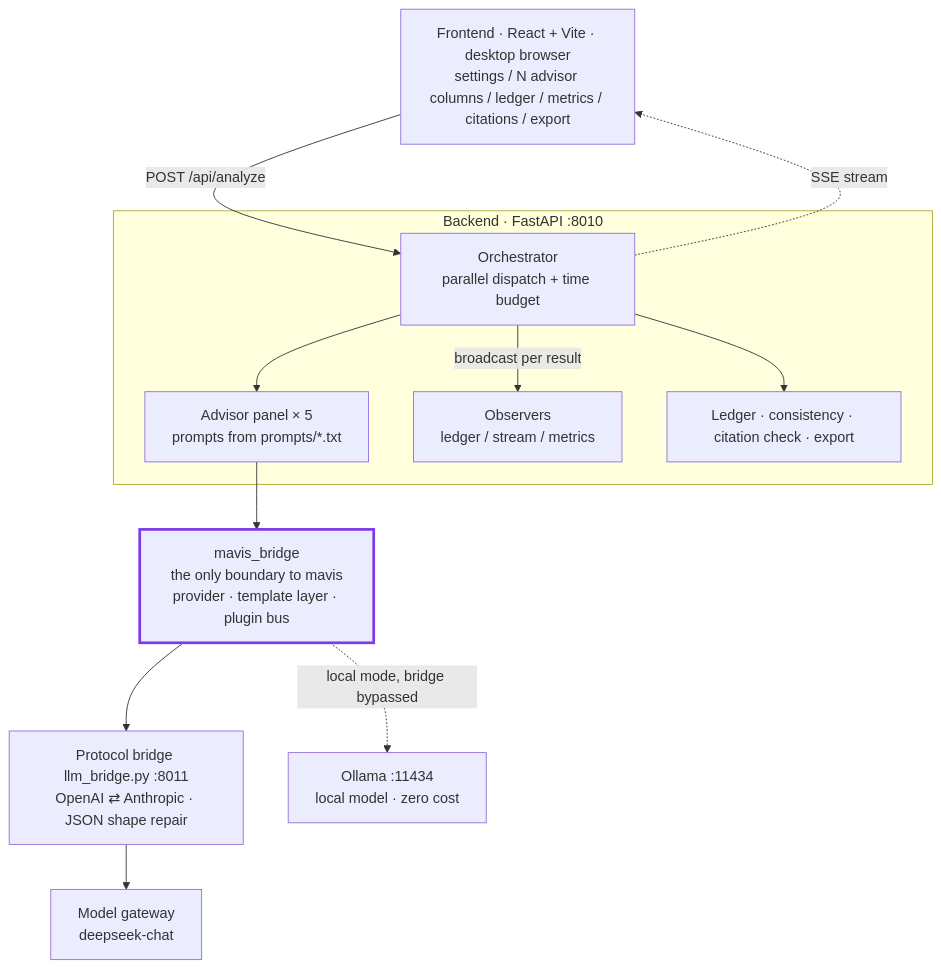
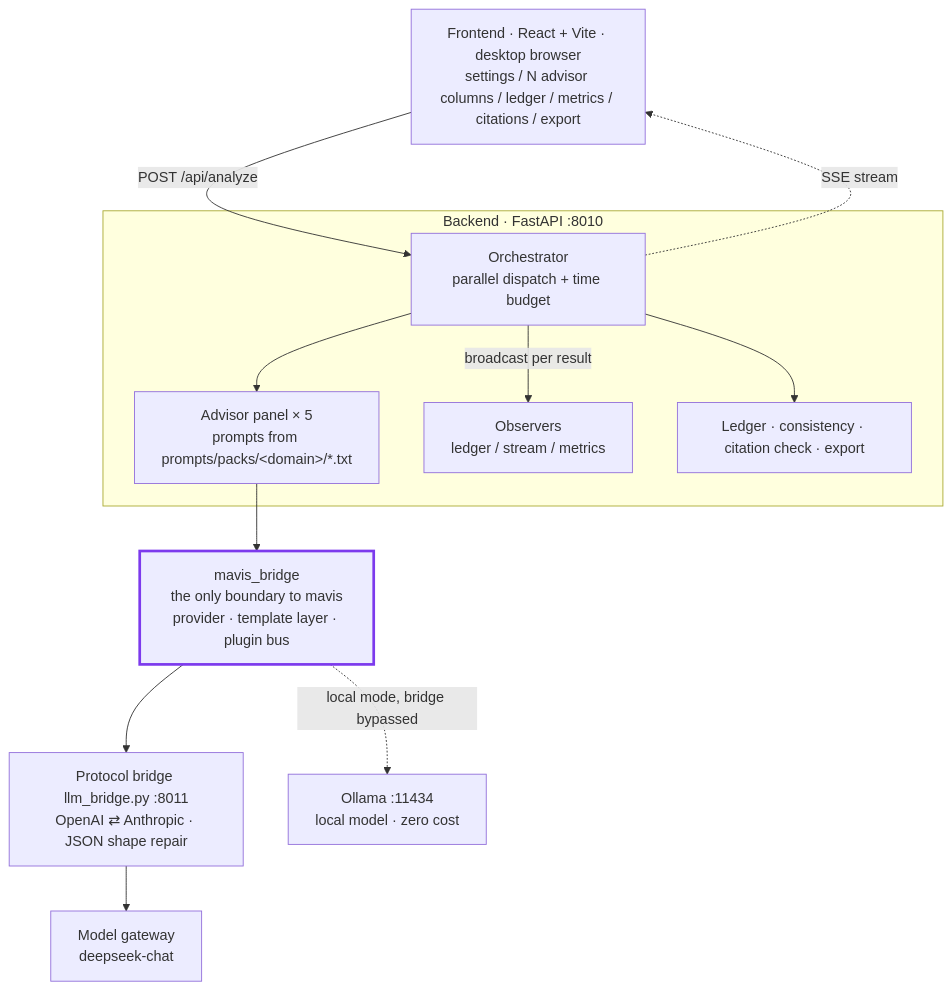
One commit to hellobs/ai-debater changed the diagram in README.en.md. Above: the diagram before and after it, drawn with Mermaid. The commit also changed other lines of this file and 3 other files, not shown here.

````diff
--- a/README.en.md
+++ b/README.en.md
@@ -217,29 +217,29 @@
 ```mermaid
 flowchart TB
     FE["Frontend · React + Vite · desktop browser<br/>settings / N advisor columns / ledger / metrics / citations / export"]
 
     subgraph BE["Backend · FastAPI :8010"]
         OR["Orchestrator<br/>parallel dispatch + time budget"]
-        ADV["Advisor panel × 5<br/>prompts from prompts/*.txt"]
+        ADV["Advisor panel × 5<br/>prompts from prompts/packs/&lt;domain&gt;/*.txt"]
         OBS["Observers<br/>ledger / stream / metrics"]
         AUX["Ledger · consistency · citation check · export"]
     end
 
     MB["mavis_bridge<br/>the only boundary to mavis<br/>provider · template layer · plugin bus"]
     BR["Protocol bridge llm_bridge.py :8011<br/>OpenAI ⇄ Anthropic · JSON shape repair"]
     GW["Model gateway<br/>deepseek-chat"]
     OL["Ollama :11434<br/>local model · zero cost"]
 
     FE -- "POST /api/analyze" --> OR
     OR -. "SSE stream" .-> FE
     OR --> ADV
     OR -- "broadcast per result" --> OBS
     ADV --> MB
     MB --> BR
     BR --> GW
     MB -. "local mode, bridge bypassed" .-> OL
     OR --> AUX
 
     classDef mavis stroke:#7c3aed,stroke-width:3px
     class MB mavis
 ```
````
